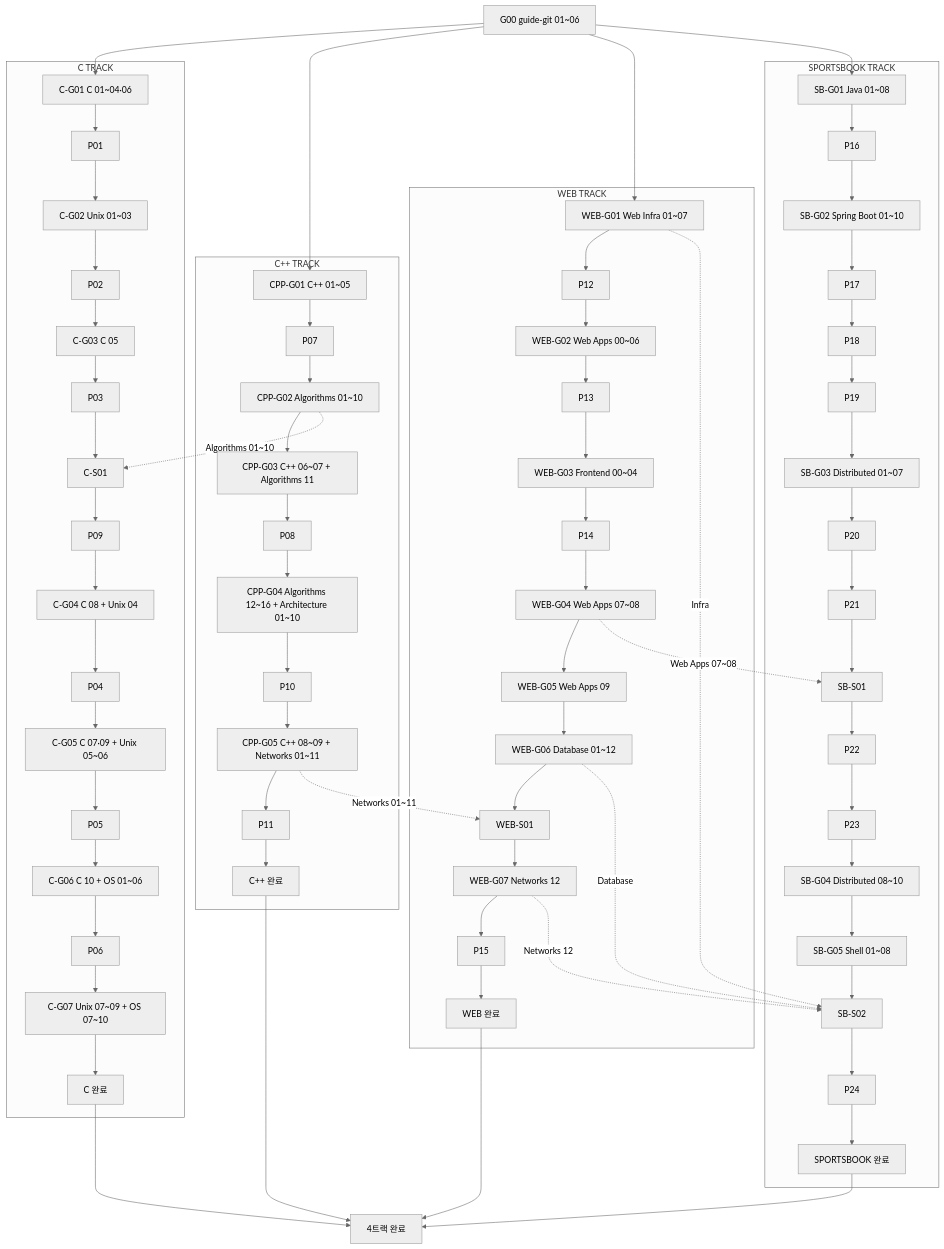
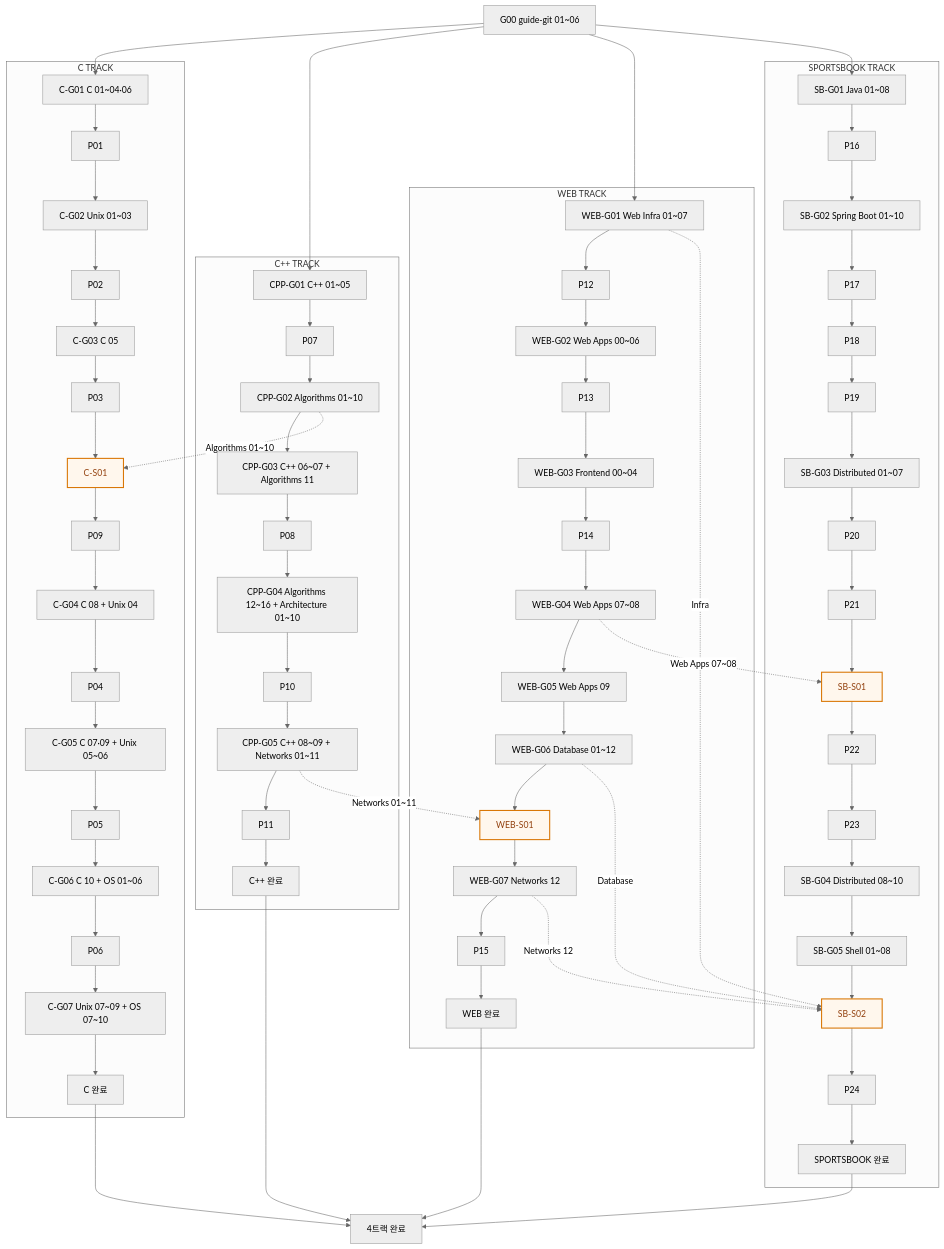
Before and after one commit to woopinbell/engineering-path-review: the diagram in assets/path/parallel-guide-packets.mmd, drawn with Mermaid (neutral theme). The commit also changed 13 other files, not shown here.

```diff
--- a/assets/path/parallel-guide-packets.mmd
+++ b/assets/path/parallel-guide-packets.mmd
@@ -1,43 +1,46 @@
 flowchart TB
   G00["G00 guide-git 01~06"]
 
   subgraph C["C TRACK"]
     C1["C-G01 C 01~04·06"] --> P01["P01"] --> C2["C-G02 Unix 01~03"] --> P02["P02"]
     P02 --> C3["C-G03 C 05"] --> P03["P03"] --> CS1["C-S01"] --> P09["P09"]
     P09 --> C4["C-G04 C 08 + Unix 04"] --> P04["P04"] --> C5["C-G05 C 07·09 + Unix 05~06"] --> P05["P05"]
     P05 --> C6["C-G06 C 10 + OS 01~06"] --> P06["P06"] --> C7["C-G07 Unix 07~09 + OS 07~10"] --> CD["C 완료"]
   end
 
   subgraph CPP["C++ TRACK"]
     X1["CPP-G01 C++ 01~05"] --> P07["P07"] --> X2["CPP-G02 Algorithms 01~10"] --> X3["CPP-G03 C++ 06~07 + Algorithms 11"] --> P08["P08"]
     P08 --> X4["CPP-G04 Algorithms 12~16 + Architecture 01~10"] --> P10["P10"]
     P10 --> X5["CPP-G05 C++ 08~09 + Networks 01~11"] --> P11["P11"] --> XD["C++ 완료"]
   end
 
   subgraph WEB["WEB TRACK"]
     W1["WEB-G01 Web Infra 01~07"] --> P12["P12"] --> W2["WEB-G02 Web Apps 00~06"] --> P13["P13"]
     P13 --> W3["WEB-G03 Frontend 00~04"] --> P14["P14"] --> W4["WEB-G04 Web Apps 07~08"]
     W4 --> W5["WEB-G05 Web Apps 09"] --> W6["WEB-G06 Database 01~12"] --> WS1["WEB-S01"] --> W7["WEB-G07 Networks 12"] --> P15["P15"] --> WD["WEB 완료"]
   end
 
   subgraph SB["SPORTSBOOK TRACK"]
     S1["SB-G01 Java 01~08"] --> P16["P16"] --> S2["SB-G02 Spring Boot 01~10"] --> P17["P17"] --> P18["P18"] --> P19["P19"]
     P19 --> S3["SB-G03 Distributed 01~07"] --> P20["P20"] --> P21["P21"] --> SS1["SB-S01"]
     SS1 --> P22["P22"] --> P23["P23"] --> S4["SB-G04 Distributed 08~10"] --> S5["SB-G05 Shell 01~08"] --> SS2["SB-S02"] --> P24["P24"] --> SD["SPORTSBOOK 완료"]
   end
 
   G00 --> C1
   G00 --> X1
   G00 --> W1
   G00 --> S1
   X2 -. "Algorithms 01~10" .-> CS1
   X5 -. "Networks 01~11" .-> WS1
   W4 -. "Web Apps 07~08" .-> SS1
   W1 -. "Infra" .-> SS2
   W6 -. "Database" .-> SS2
   W7 -. "Networks 12" .-> SS2
 
   CD --> DONE["4트랙 완료"]
   XD --> DONE
   WD --> DONE
   SD --> DONE
+
+  classDef sync fill:#fff7ed,stroke:#d97706,color:#92400e,stroke-width:2px;
+  class CS1,WS1,SS1,SS2 sync;
```
